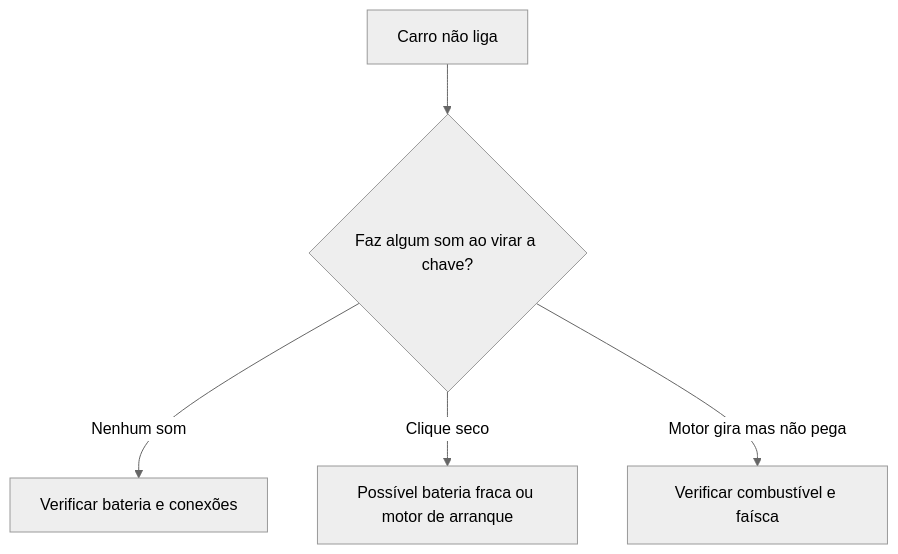
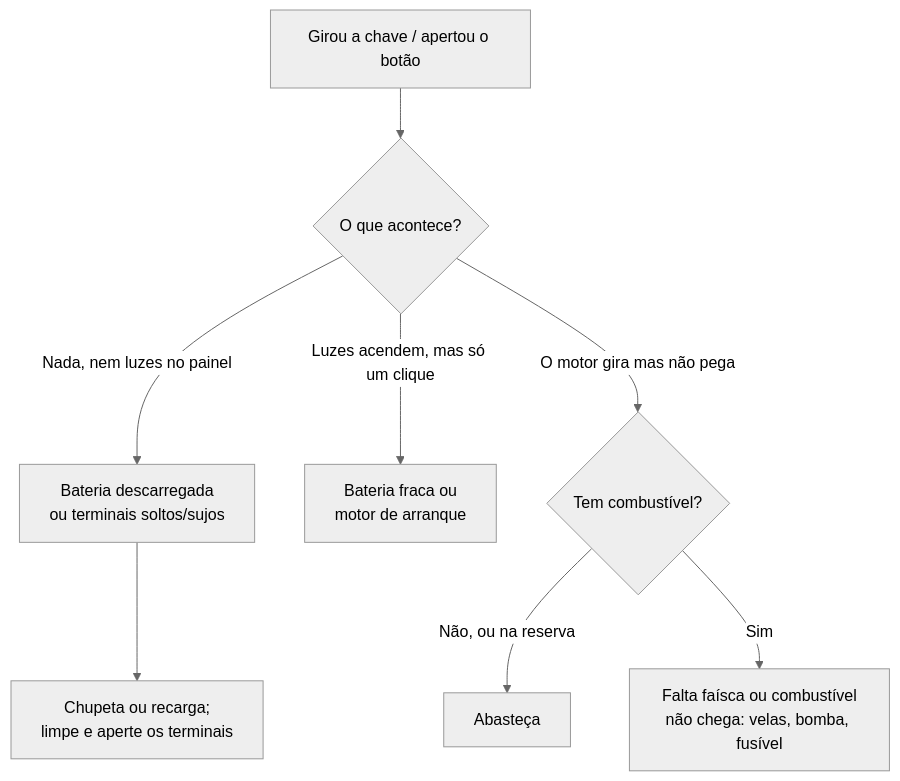
The first of 5 diagrams in capitulos/10-diagnostico-sintoma.qmd (VitorMattosDev/manual-mecanica-automotiva), drawn with Mermaid (neutral theme) before and after one commit. The commit also changed other lines of this file, not shown here.

Commit message:
cap 10: Diagnóstico por sintoma

````diff
--- a/capitulos/10-diagnostico-sintoma.qmd
+++ b/capitulos/10-diagnostico-sintoma.qmd
@@ -9,7 +15,12 @@
 ```{mermaid}
+%%| label: fig-diag-nao-liga
+%%| fig-cap: "Fluxo de diagnóstico para o carro que não liga."
 flowchart TD
-    A[Carro não liga] --> B{Faz algum som ao virar a chave?}
-    B -->|Nenhum som| C[Verificar bateria e conexões]
-    B -->|Clique seco| D[Possível bateria fraca ou motor de arranque]
-    B -->|Motor gira mas não pega| E[Verificar combustível e faísca]
+    A["Girou a chave / apertou o botão"] --> B{"O que acontece?"}
+    B -->|Nada, nem luzes no painel| C["Bateria descarregada<br/>ou terminais soltos/sujos"]
+    B -->|Luzes acendem, mas só um clique| D["Bateria fraca ou<br/>motor de arranque"]
+    B -->|O motor gira mas não pega| E{"Tem combustível?"}
+    E -->|Não, ou na reserva| F["Abasteça"]
+    E -->|Sim| G["Falta faísca ou combustível<br/>não chega: velas, bomba, fusível"]
+    C --> H["Chupeta ou recarga;<br/>limpe e aperte os terminais"]
 ```
````
